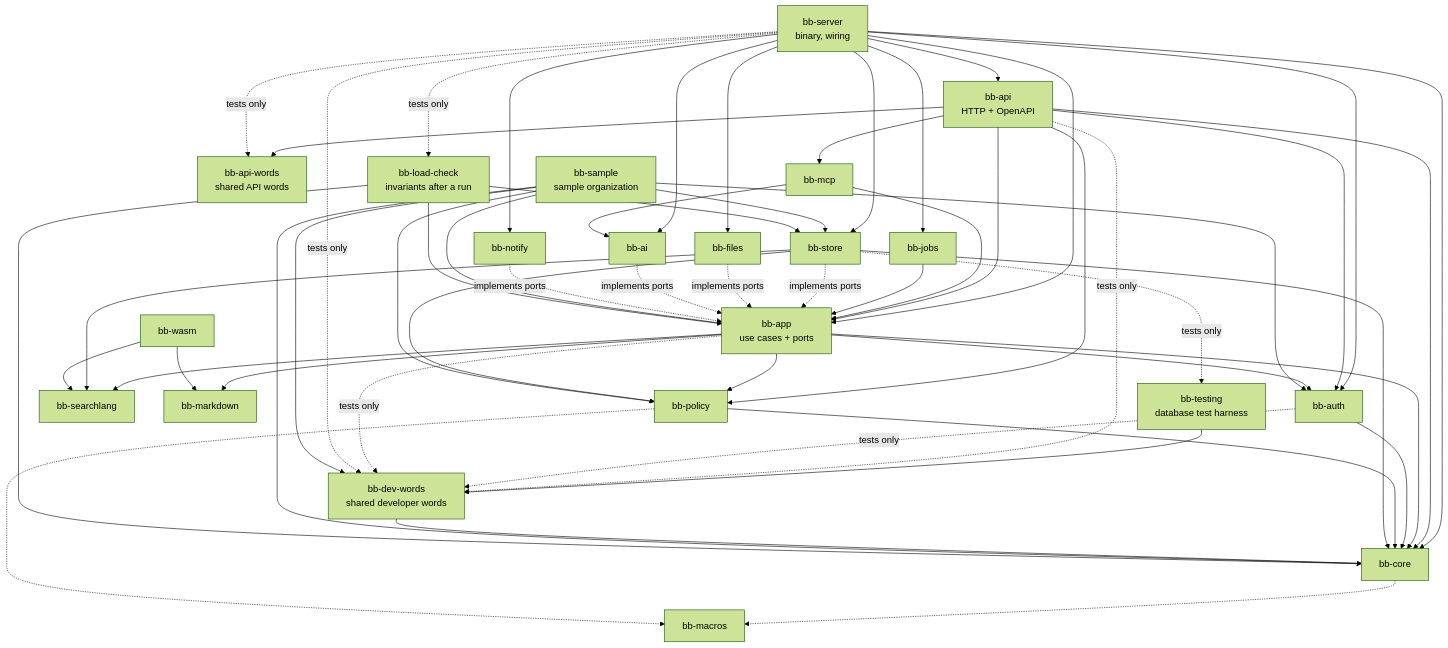
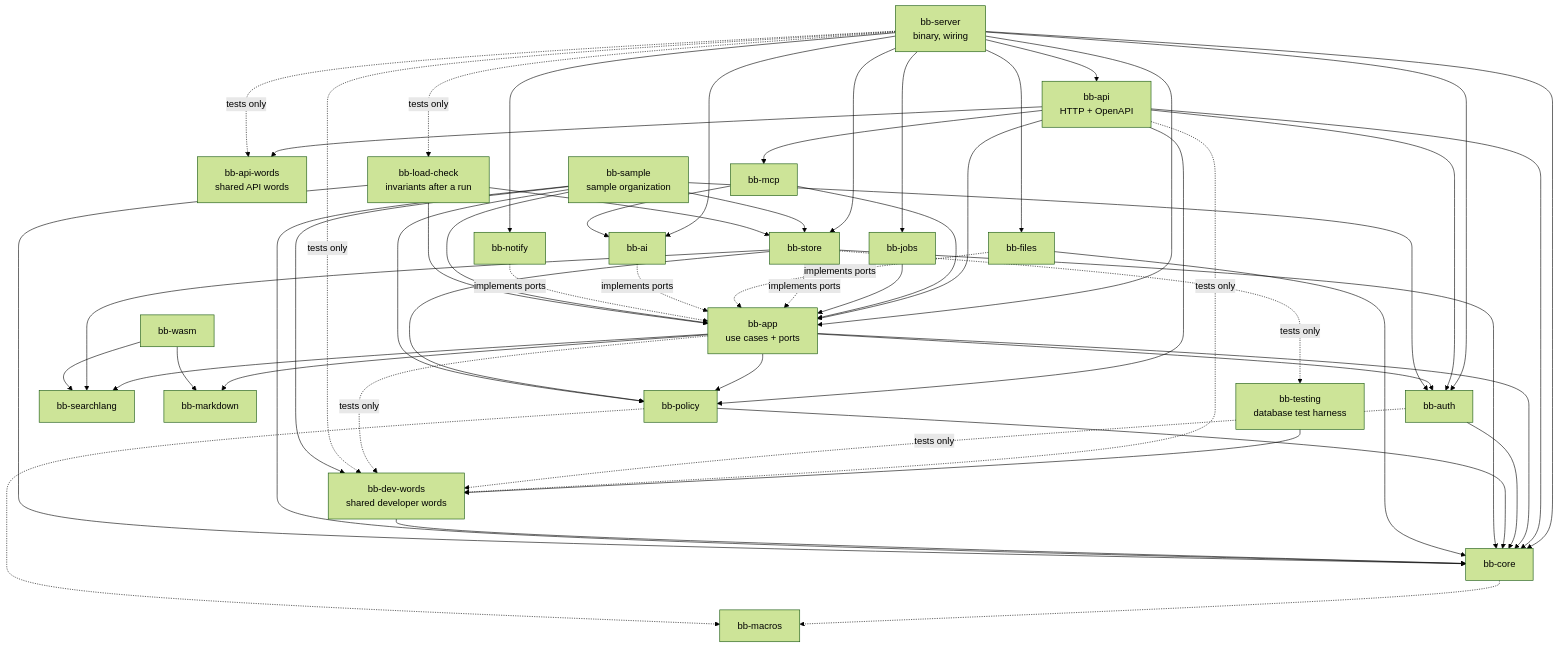
The diagram in docs/architecture/04-building-blocks.md (Nusi42/Bugaboo), drawn with Mermaid (forest theme) before and after one commit. The commit also changed 6 other files, not shown here.

````diff
--- a/docs/architecture/04-building-blocks.md
+++ b/docs/architecture/04-building-blocks.md
@@ -47,51 +47,52 @@
 ```mermaid
 flowchart TB
   server["bb-server<br/>binary, wiring"]
   api["bb-api<br/>HTTP + OpenAPI"]
   words["bb-api-words<br/>shared API words"]
   devwords["bb-dev-words<br/>shared developer words"]
   mcp["bb-mcp"]
   app["bb-app<br/>use cases + ports"]
   policy["bb-policy"]
   core["bb-core"]
   macros["bb-macros"]
   search["bb-searchlang"]
   md["bb-markdown"]
   store["bb-store"]
   files["bb-files"]
   auth["bb-auth"]
   ai["bb-ai"]
   notify["bb-notify"]
   jobs["bb-jobs"]
   wasm["bb-wasm"]
   testing["bb-testing<br/>database test harness"]
   sample["bb-sample<br/>sample organization"]
   loadcheck["bb-load-check<br/>invariants after a run"]
 
   server --> api & jobs & store & files & ai & notify & auth & app & core
   api --> app & auth & mcp & core & policy & words
   mcp --> app & ai
   jobs --> app
   app --> policy & core & search & md & auth
   auth --> core
   policy --> core
   core -.-> macros
   policy -.-> macros
   store -. implements ports .-> app
   files -. implements ports .-> app
   ai -. implements ports .-> app
   notify -. implements ports .-> app
   store --> search & policy & core
+  files --> core
   wasm --> search & md
   store -. tests only .-> testing
   server -. tests only .-> words
   testing --> devwords
   devwords --> core
   api -. tests only .-> devwords
   auth -. tests only .-> devwords
   app -. tests only .-> devwords
   server -. tests only .-> devwords
   sample --> app & store & core & policy & auth & devwords
   loadcheck --> app & store & core
   server -. tests only .-> loadcheck
 ```
````
